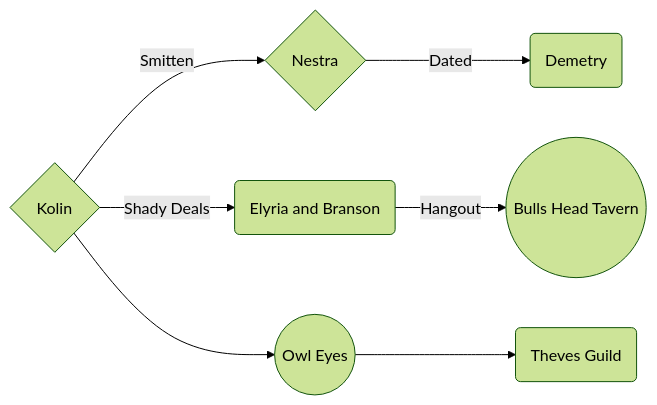
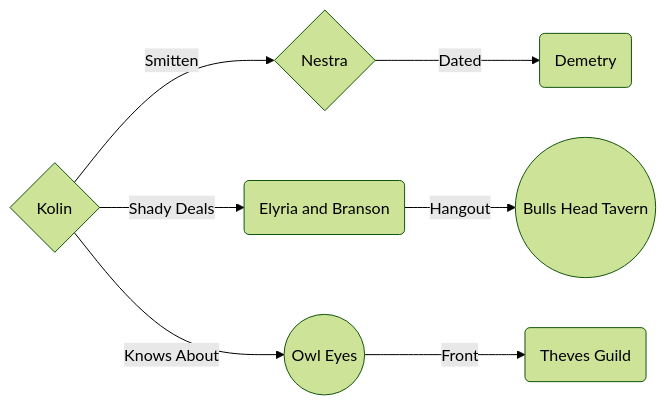
One commit to DiscoverTec/anExperiment changed the diagram in markdown/characters/kotlin.md. Above: the diagram before and after it, drawn with Mermaid (forest theme). The commit also changed other lines of this file, not shown here.

````diff
--- a/markdown/characters/kotlin.md
+++ b/markdown/characters/kotlin.md
@@ -29,10 +29,10 @@
 ```mermaid
 flowchart LR;
     kotlin{Kolin} --> |Smitten| nestra{Nestra};
     kotlin --> |Shady Deals| elyria(Elyria and Branson);
     elyria --> |Hangout| tavern((Bulls Head Tavern));
     nestra --> |Dated| demetry(Demetry);
-    kotlin --> owlEyes((Owl Eyes));
-    owlEyes --> theves(Theves Guild);
+    kotlin --> |Knows About| owlEyes((Owl Eyes));
+    owlEyes --> |Front| theves(Theves Guild);
     click kotlin "/characters/kotlin";
 ```
````
